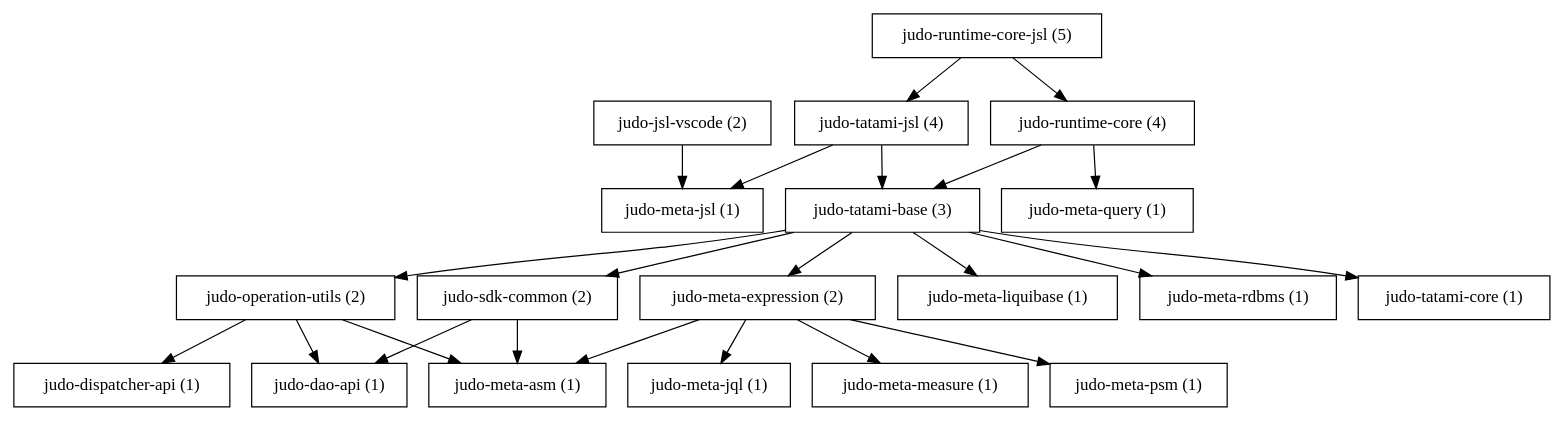
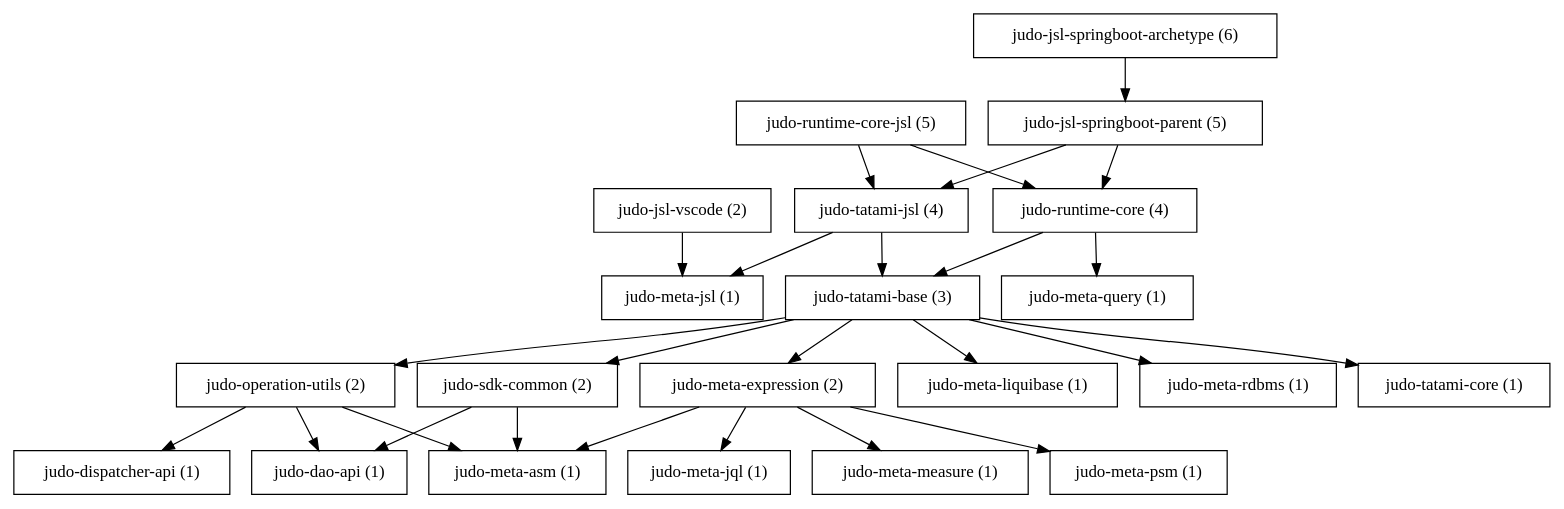
The diagram in dependency.dot (BlackBeltTechnology/judo-community), drawn with Graphviz before and after one commit. The commit also changed 4 other files, not shown here.

Commit message:
JNG-3888 Add springboot parent / archetype

```diff
--- a/dependency.dot
+++ b/dependency.dot
@@ -1,43 +1,48 @@
 strict digraph  {
 "judo-dao-api (1)" [label="judo-dao-api (1)", shape=box];
 "judo-dispatcher-api (1)" [label="judo-dispatcher-api (1)", shape=box];
 "judo-jsl-vscode (2)" [label="judo-jsl-vscode (2)", shape=box];
 "judo-meta-asm (1)" [label="judo-meta-asm (1)", shape=box];
 "judo-meta-expression (2)" [label="judo-meta-expression (2)", shape=box];
 "judo-meta-jql (1)" [label="judo-meta-jql (1)", shape=box];
 "judo-meta-jsl (1)" [label="judo-meta-jsl (1)", shape=box];
 "judo-meta-liquibase (1)" [label="judo-meta-liquibase (1)", shape=box];
 "judo-meta-measure (1)" [label="judo-meta-measure (1)", shape=box];
 "judo-meta-psm (1)" [label="judo-meta-psm (1)", shape=box];
 "judo-meta-query (1)" [label="judo-meta-query (1)", shape=box];
 "judo-meta-rdbms (1)" [label="judo-meta-rdbms (1)", shape=box];
 "judo-operation-utils (2)" [label="judo-operation-utils (2)", shape=box];
 "judo-runtime-core (4)" [label="judo-runtime-core (4)", shape=box];
 "judo-runtime-core-jsl (5)" [label="judo-runtime-core-jsl (5)", shape=box];
 "judo-sdk-common (2)" [label="judo-sdk-common (2)", shape=box];
 "judo-tatami-base (3)" [label="judo-tatami-base (3)", shape=box];
 "judo-tatami-core (1)" [label="judo-tatami-core (1)", shape=box];
 "judo-tatami-jsl (4)" [label="judo-tatami-jsl (4)", shape=box];
+"judo-jsl-springboot-parent (5)" [label="judo-jsl-springboot-parent (5)", shape=box];
+"judo-jsl-springboot-archetype (6)" [label="judo-jsl-springboot-archetype (6)", shape=box];
 "judo-jsl-vscode (2)" -> "judo-meta-jsl (1)";
+"judo-meta-expression (2)" -> "judo-meta-jql (1)";
 "judo-meta-expression (2)" -> "judo-meta-measure (1)";
+"judo-meta-expression (2)" -> "judo-meta-psm (1)";
 "judo-meta-expression (2)" -> "judo-meta-asm (1)";
-"judo-meta-expression (2)" -> "judo-meta-jql (1)";
-"judo-meta-expression (2)" -> "judo-meta-psm (1)";
+"judo-operation-utils (2)" -> "judo-dao-api (1)";
 "judo-operation-utils (2)" -> "judo-meta-asm (1)";
 "judo-operation-utils (2)" -> "judo-dispatcher-api (1)";
-"judo-operation-utils (2)" -> "judo-dao-api (1)";
+"judo-runtime-core (4)" -> "judo-meta-query (1)";
 "judo-runtime-core (4)" -> "judo-tatami-base (3)";
-"judo-runtime-core (4)" -> "judo-meta-query (1)";
+"judo-runtime-core-jsl (5)" -> "judo-runtime-core (4)";
 "judo-runtime-core-jsl (5)" -> "judo-tatami-jsl (4)";
-"judo-runtime-core-jsl (5)" -> "judo-runtime-core (4)";
+"judo-sdk-common (2)" -> "judo-dao-api (1)";
 "judo-sdk-common (2)" -> "judo-meta-asm (1)";
-"judo-sdk-common (2)" -> "judo-dao-api (1)";
 "judo-tatami-base (3)" -> "judo-sdk-common (2)";
+"judo-tatami-base (3)" -> "judo-meta-expression (2)";
 "judo-tatami-base (3)" -> "judo-meta-rdbms (1)";
 "judo-tatami-base (3)" -> "judo-meta-liquibase (1)";
+"judo-tatami-base (3)" -> "judo-operation-utils (2)";
 "judo-tatami-base (3)" -> "judo-tatami-core (1)";
-"judo-tatami-base (3)" -> "judo-meta-expression (2)";
-"judo-tatami-base (3)" -> "judo-operation-utils (2)";
+"judo-tatami-jsl (4)" -> "judo-meta-jsl (1)";
 "judo-tatami-jsl (4)" -> "judo-tatami-base (3)";
-"judo-tatami-jsl (4)" -> "judo-meta-jsl (1)";
+"judo-jsl-springboot-parent (5)" -> "judo-runtime-core (4)";
+"judo-jsl-springboot-parent (5)" -> "judo-tatami-jsl (4)";
+"judo-jsl-springboot-archetype (6)" -> "judo-jsl-springboot-parent (5)";
 }
```
